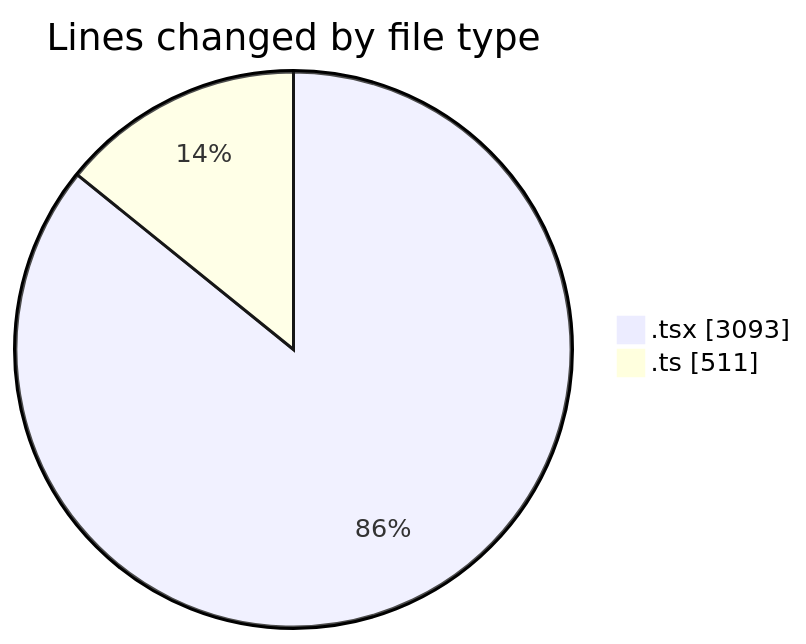
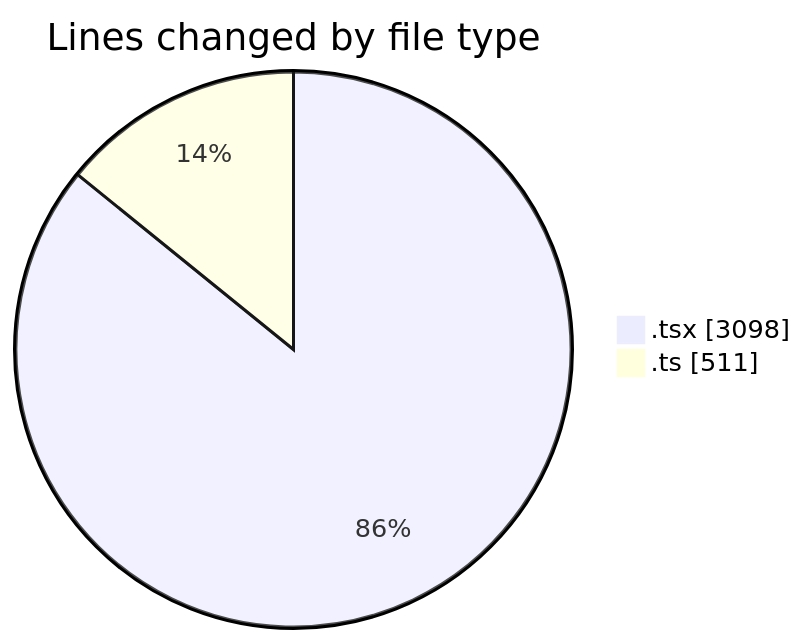
The first of 2 diagrams in 2026-04-23/nxtqube_webapp/README.md (nxtqubesakshisongat/code-tracking), drawn with Mermaid before and after one commit. The commit also changed other lines of this file and 1 other file, not shown here.

````diff
--- a/2026-04-23/nxtqube_webapp/README.md
+++ b/2026-04-23/nxtqube_webapp/README.md
@@ -23,6 +23,6 @@
 ```mermaid
 pie showData
 title Lines changed by file type
-".tsx" : 3093
+".tsx" : 3098
 ".ts" : 511
 ```
````
